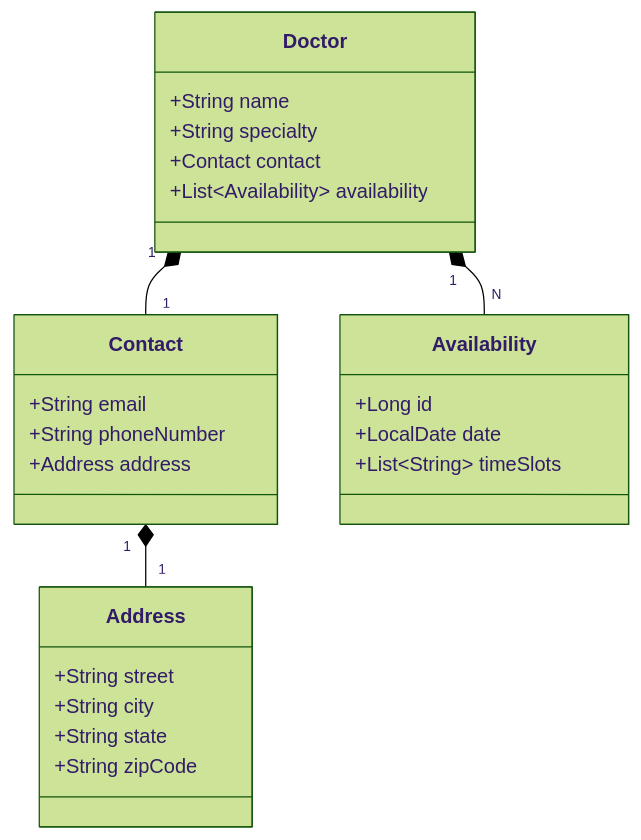
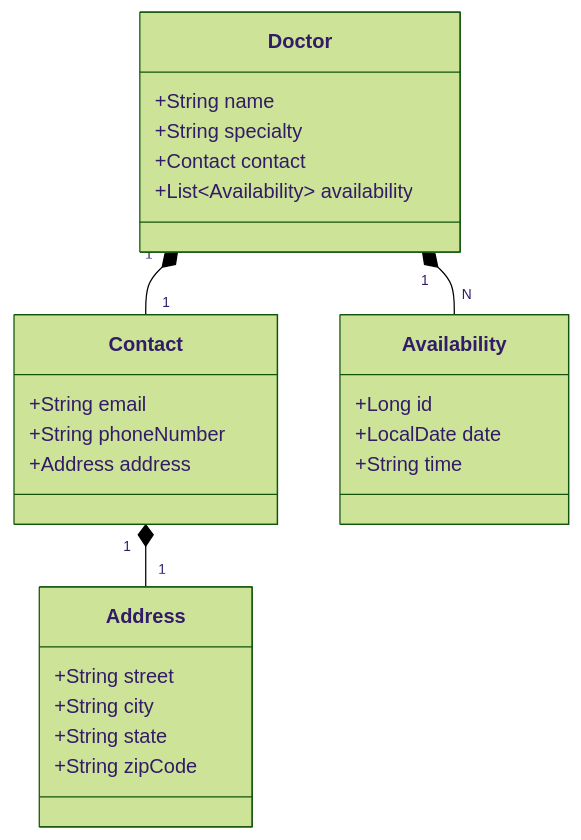
The diagram in README.md (HeloisaFelizardo/santander-dev-week-2024), drawn with Mermaid (forest theme) before and after one commit.

````diff
--- a/README.md
+++ b/README.md
@@ -28,33 +28,33 @@
 ```mermaid
 classDiagram
     class Doctor {       
         +String name
         +String specialty
         +Contact contact
         +List~Availability~ availability
     }
 
     class Contact {
         +String email
         +String phoneNumber
         +Address address
     }
 
     class Address {
         +String street
         +String city
         +String state
         +String zipCode
     }
 
     class Availability {
         +Long id
         +LocalDate date
-        +List~String~ timeSlots
+        +String time
     }
     
     Doctor "1" *-- "1" Contact
     Contact "1" *-- "1" Address
-    Doctor "1" *-- "N" Availability   
+    Doctor "1" *-- "N" Availability  
 
 ```
````
